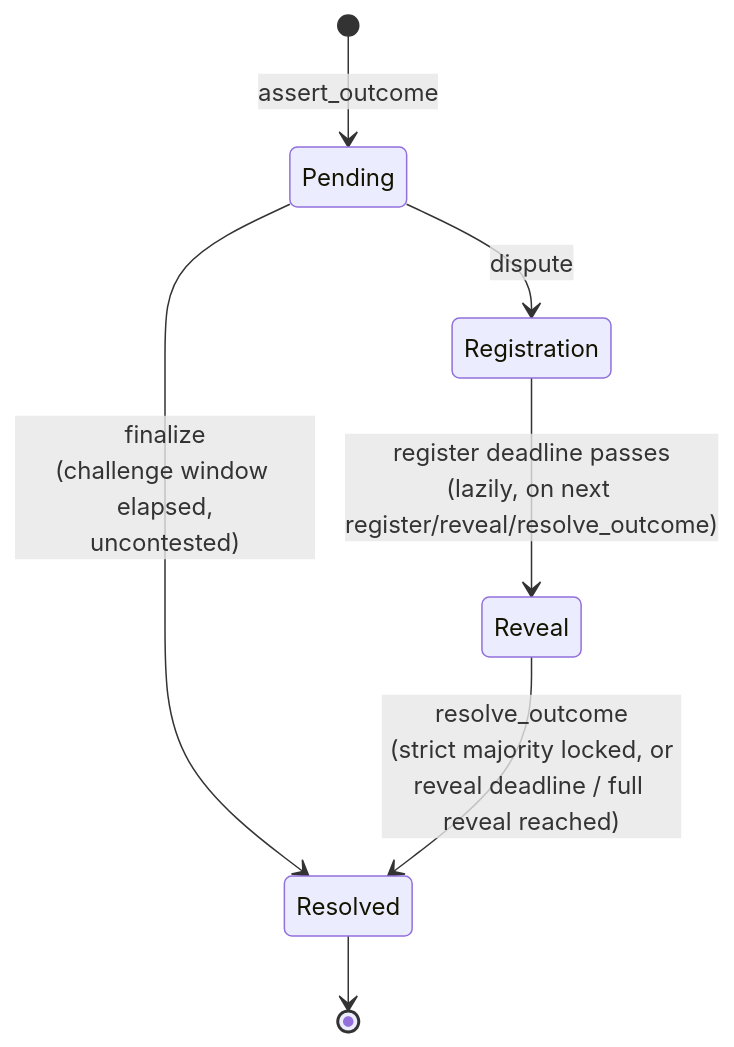
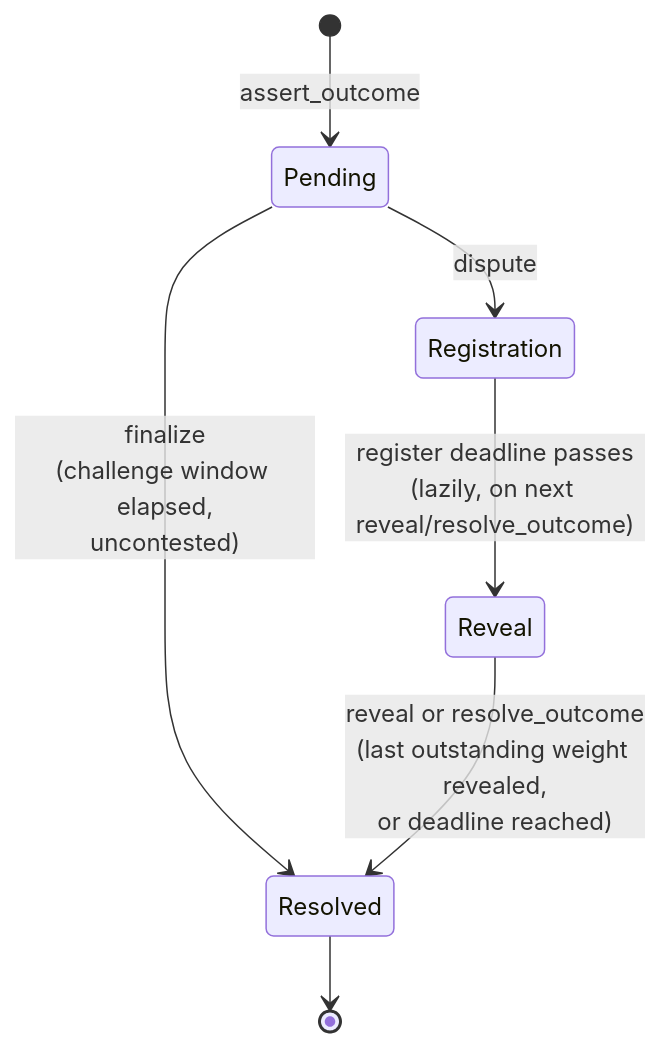
One commit to drydocs/tholos changed the diagram in docs/src/CONTRACT_V2.md. Above: the diagram before and after it, drawn with Mermaid. The commit also changed other lines of this file and 3 other files, not shown here.

````diff
--- a/docs/src/CONTRACT_V2.md
+++ b/docs/src/CONTRACT_V2.md
@@ -11,9 +14,9 @@
 ```mermaid
 stateDiagram-v2
     [*] --> Pending: assert_outcome
     Pending --> Resolved: finalize<br/>(challenge window elapsed,<br/>uncontested)
     Pending --> Registration: dispute
-    Registration --> Reveal: register deadline passes<br/>(lazily, on next register/reveal/resolve_outcome)
-    Reveal --> Resolved: resolve_outcome<br/>(strict majority locked, or<br/>reveal deadline / full reveal reached)
+    Registration --> Reveal: register deadline passes<br/>(lazily, on next reveal/resolve_outcome)
+    Reveal --> Resolved: reveal or resolve_outcome<br/>(last outstanding weight revealed,<br/>or deadline reached)
     Resolved --> [*]
 ```
````
